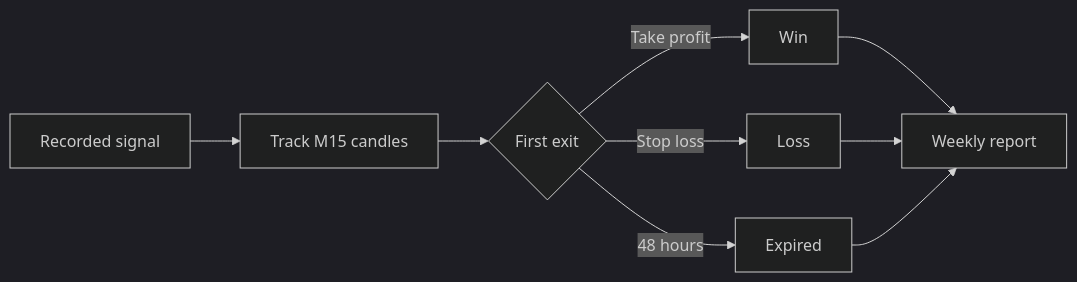
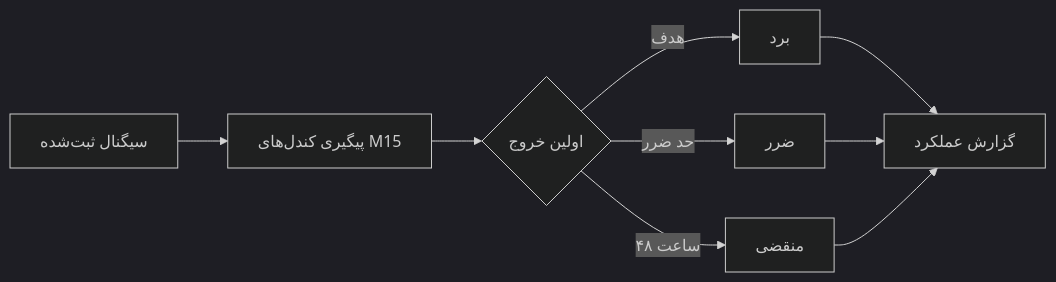
One commit to Suushian/Odin-Assistant changed the second of 3 diagrams in README.md. Above: the diagram before and after it, drawn with Mermaid (dark theme). The commit also changed other lines of this file, not shown here.

````diff
--- a/README.md
+++ b/README.md
@@ -149,11 +103,11 @@
 ```mermaid
 flowchart LR
-    A["Recorded signal"] --> B["Track M15 candles"]
-    B --> C{"First exit"}
-    C -->|Take profit| D["Win"]
-    C -->|Stop loss| E["Loss"]
-    C -->|48 hours| F["Expired"]
-    D --> G["Weekly report"]
+    A["سیگنال ثبت‌شده"] --> B["پیگیری کندل‌های M15"]
+    B --> C{"اولین خروج"}
+    C -->|هدف| D["برد"]
+    C -->|حد ضرر| E["ضرر"]
+    C -->|۴۸ ساعت| F["منقضی"]
+    D --> G["گزارش عملکرد"]
     E --> G
     F --> G
 ```
````
